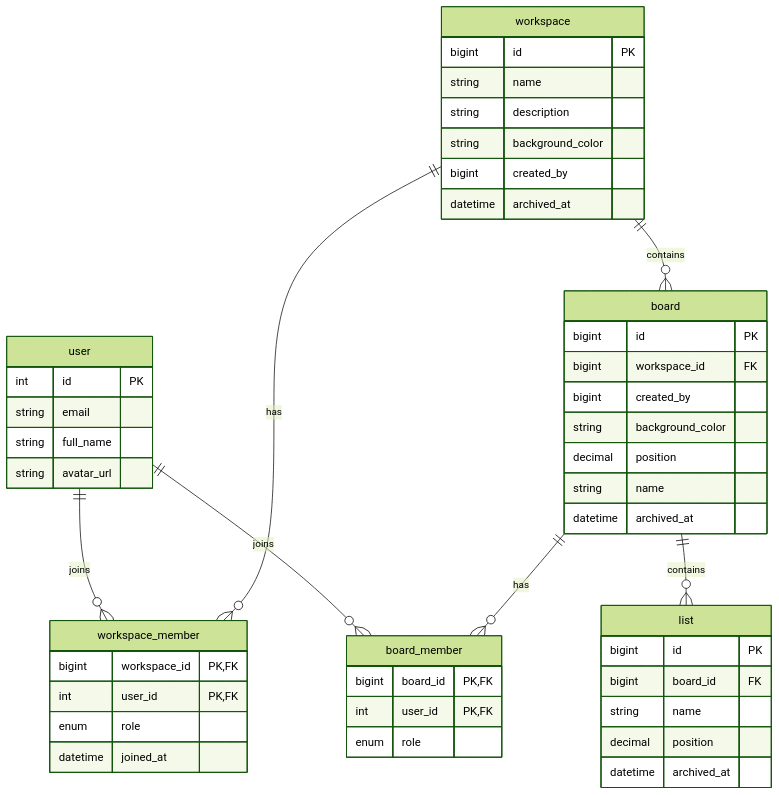
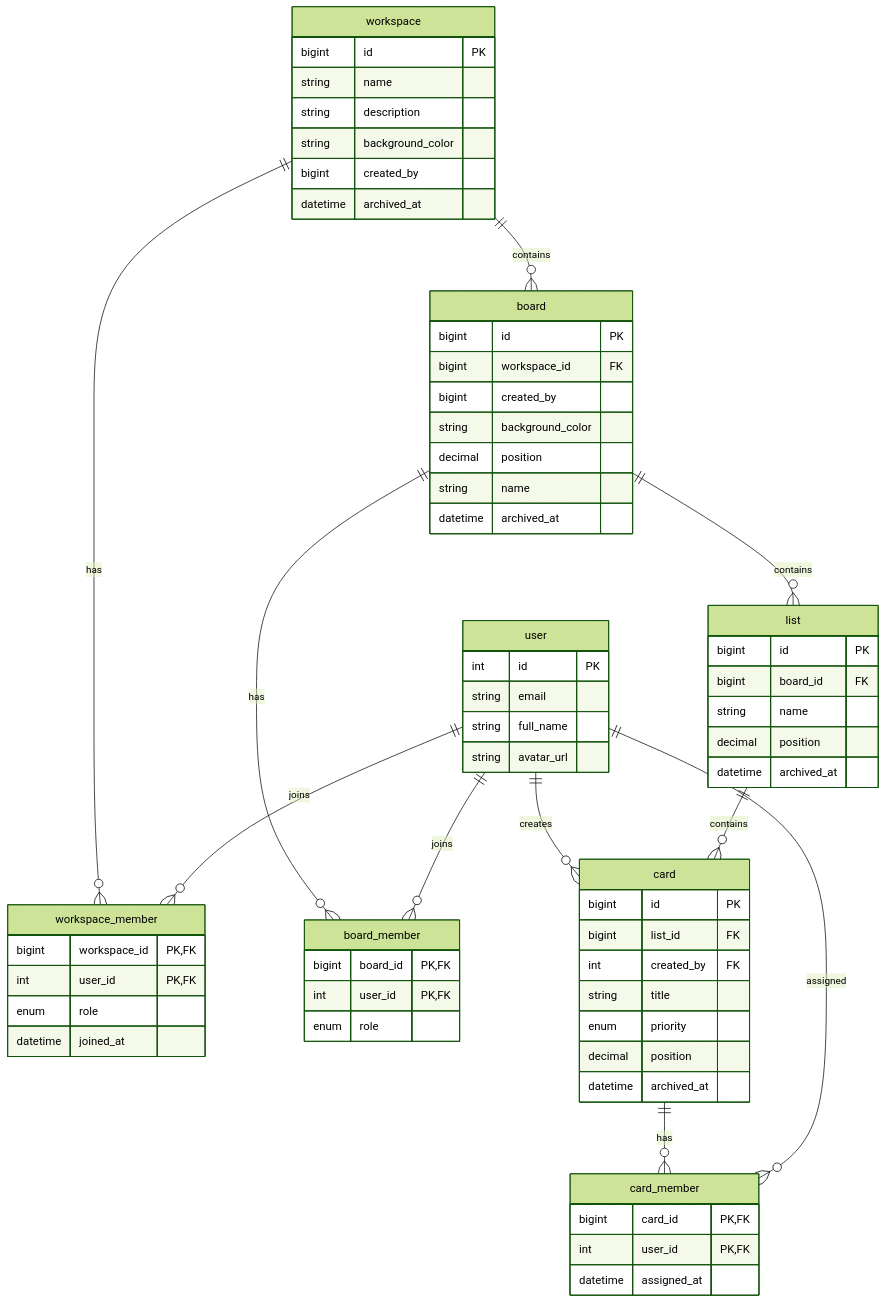
The diagram in docs/architecture/data-model.md (Thoai1503/TrelloClone), drawn with Mermaid (forest theme) before and after one commit. The commit also changed other lines of this file and 24 other files, not shown here.

````diff
--- a/docs/architecture/data-model.md
+++ b/docs/architecture/data-model.md
@@ -5,51 +5,69 @@
 ```mermaid
 erDiagram
     user ||--o{ workspace_member : joins
     workspace ||--o{ workspace_member : has
     workspace ||--o{ board : contains
     user ||--o{ board_member : joins
     board ||--o{ board_member : has
     board ||--o{ list : contains
+    list ||--o{ card : contains
+    user ||--o{ card : creates
+    user ||--o{ card_member : assigned
+    card ||--o{ card_member : has
 
     user {
         int id PK
         string email
         string full_name
         string avatar_url
     }
     workspace {
         bigint id PK
         string name
         string description
         string background_color
         bigint created_by
         datetime archived_at
     }
     workspace_member {
         bigint workspace_id PK, FK
         int user_id PK, FK
         enum role
         datetime joined_at
     }
     board {
         bigint id PK
         bigint workspace_id FK
         bigint created_by
         string background_color
         decimal position
         string name
         datetime archived_at
     }
     board_member {
         bigint board_id PK, FK
         int user_id PK, FK
         enum role
     }
     list {
         bigint id PK
         bigint board_id FK
         string name
         decimal position
         datetime archived_at
     }
+    card {
+        bigint id PK
+        bigint list_id FK
+        int created_by FK
+        string title
+        enum priority
+        decimal position
+        datetime archived_at
+    }
+    card_member {
+        bigint card_id PK, FK
+        int user_id PK, FK
+        datetime assigned_at
+    }
 ```
````
